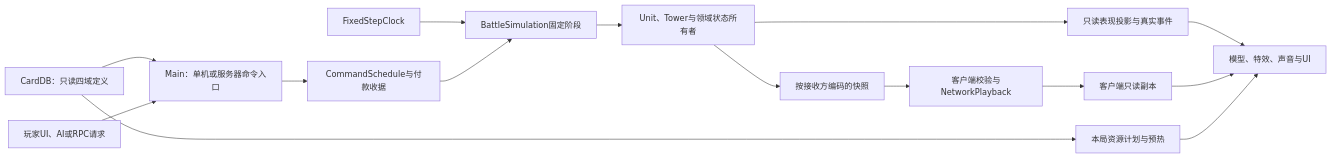
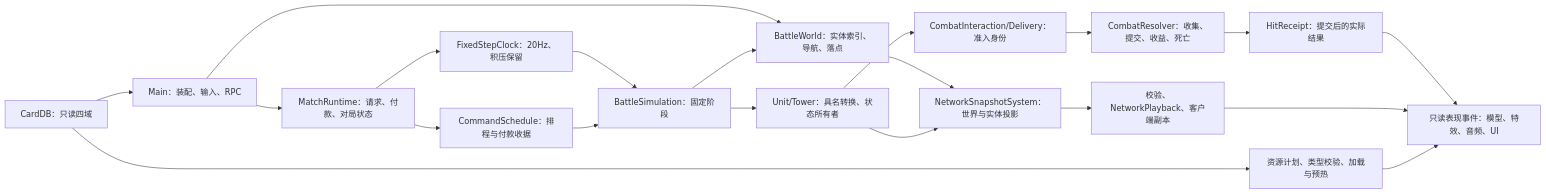
Before and after one commit to Coder-yui/ClashLegends: the second of 2 diagrams in docs/MAINTENANCE_ARCHITECTURE.md, drawn with Mermaid. The commit also changed other lines of this file and 25 other files, not shown here.

Commit message:
docs: synchronize battle architecture and audit delivery evidence

````diff
--- a/docs/MAINTENANCE_ARCHITECTURE.md
+++ b/docs/MAINTENANCE_ARCHITECTURE.md
@@ -63,17 +65,22 @@
 ```mermaid
 flowchart LR
-    D[CardDB：只读四域定义] --> M[Main：单机或服务器命令入口]
-    U[玩家UI、AI或RPC请求] --> M
-    M --> Q[CommandSchedule与付款收据]
-    T[FixedStepClock] --> S[BattleSimulation固定阶段]
+    D[CardDB：只读四域] --> M[Main：装配、输入、RPC]
+    M --> R[MatchRuntime：请求、付款、对局状态]
+    M --> W[BattleWorld：实体索引、导航、落点]
+    R --> Q[CommandSchedule：排程与付款收据]
+    R --> T[FixedStepClock：20Hz、积压保留]
+    T --> S[BattleSimulation：固定阶段]
     Q --> S
-    S --> W[Unit、Tower与领域状态所有者]
-    W --> P[只读表现投影与真实事件]
-    P --> V[模型、特效、声音与UI]
-    W --> N[按接收方编码的快照]
-    N --> C[客户端校验与NetworkPlayback]
-    C --> R[客户端只读副本]
-    R --> V
-    D --> L[本局资源计划与预热]
+    S --> W
+    S --> U[Unit/Tower：具名转换、状态所有者]
+    U --> C[CombatInteraction/Delivery：准入身份]
+    C --> B[CombatResolver：收集、提交、收益、死亡]
+    B --> H[HitReceipt：提交后的实际结果]
+    H --> V[只读表现事件：模型、特效、音频、UI]
+    W --> N[NetworkSnapshotSystem：世界与实体投影]
+    U --> N
+    N --> P[校验、NetworkPlayback、客户端副本]
+    P --> V
+    D --> L[资源计划、类型校验、加载与预热]
     L --> V
 ```
````
